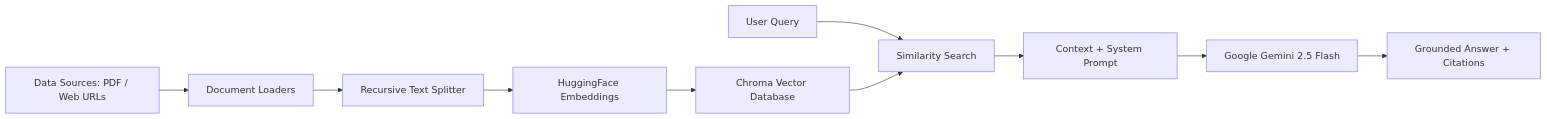
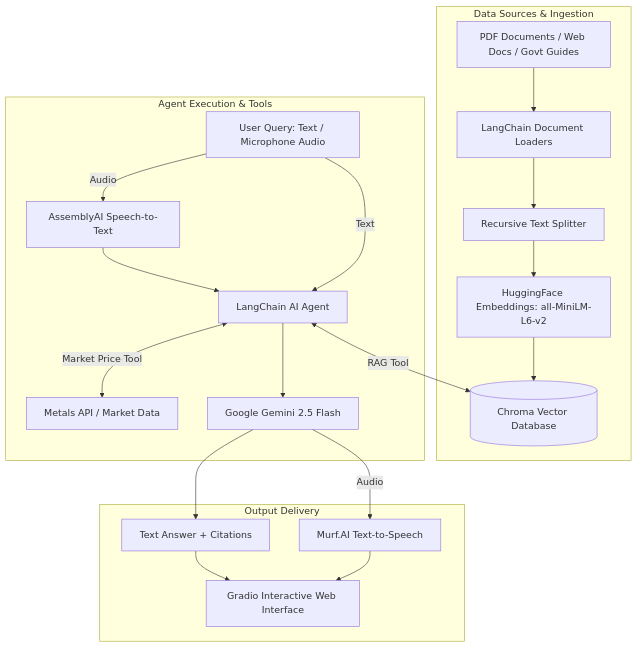
One commit to charansridev/AI-Agents changed the diagram in README.md. Above: the diagram before and after it, drawn with Mermaid. The commit also changed other lines of this file, not shown here.

Commit message:
Update README with Personal Finance Voice AI Advisor, updated architecture diagram, and concise Python conversion notes

````diff
--- a/README.md
+++ b/README.md
@@ -13,12 +13,25 @@
 ```mermaid
-flowchart LR
-    A[Data Sources: PDF / Web URLs] --> B[Document Loaders]
-    B --> C[Recursive Text Splitter]
-    C --> D[HuggingFace Embeddings]
-    D --> E[Chroma Vector Database]
-    F[User Query] --> G[Similarity Search]
-    E --> G
-    G --> H[Context + System Prompt]
-    H --> I[Google Gemini 2.5 Flash]
-    I --> J[Grounded Answer + Citations]
+flowchart TD
+    subgraph Data Sources & Ingestion
+        A1[PDF Documents / Web Docs / Govt Guides] --> B[LangChain Document Loaders]
+        B --> C[Recursive Text Splitter]
+        C --> D[HuggingFace Embeddings: all-MiniLM-L6-v2]
+        D --> E[(Chroma Vector Database)]
+    end
+
+    subgraph Agent Execution & Tools
+        F[User Query: Text / Microphone Audio] -->|Audio| G[AssemblyAI Speech-to-Text]
+        G --> H[LangChain AI Agent]
+        F -->|Text| H
+        H <-->|RAG Tool| E
+        H <-->|Market Price Tool| I[Metals API / Market Data]
+        H --> J[Google Gemini 2.5 Flash]
+    end
+
+    subgraph Output Delivery
+        J --> K[Text Answer + Citations]
+        J -->|Audio| L[Murf.AI Text-to-Speech]
+        K --> M[Gradio Interactive Web Interface]
+        L --> M
+    end
 ```
````
